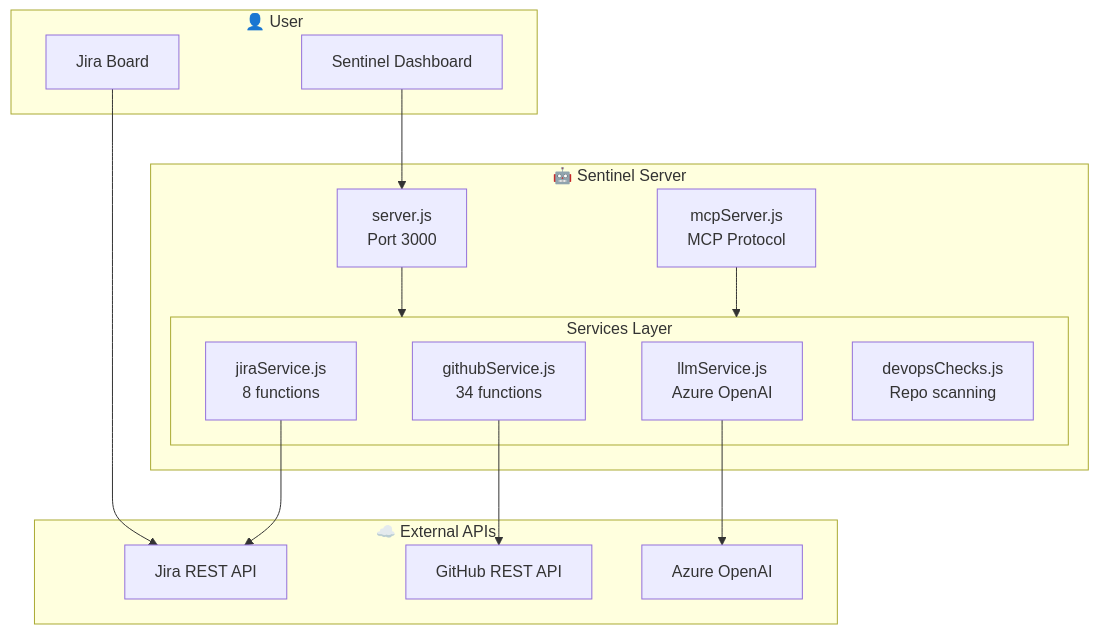
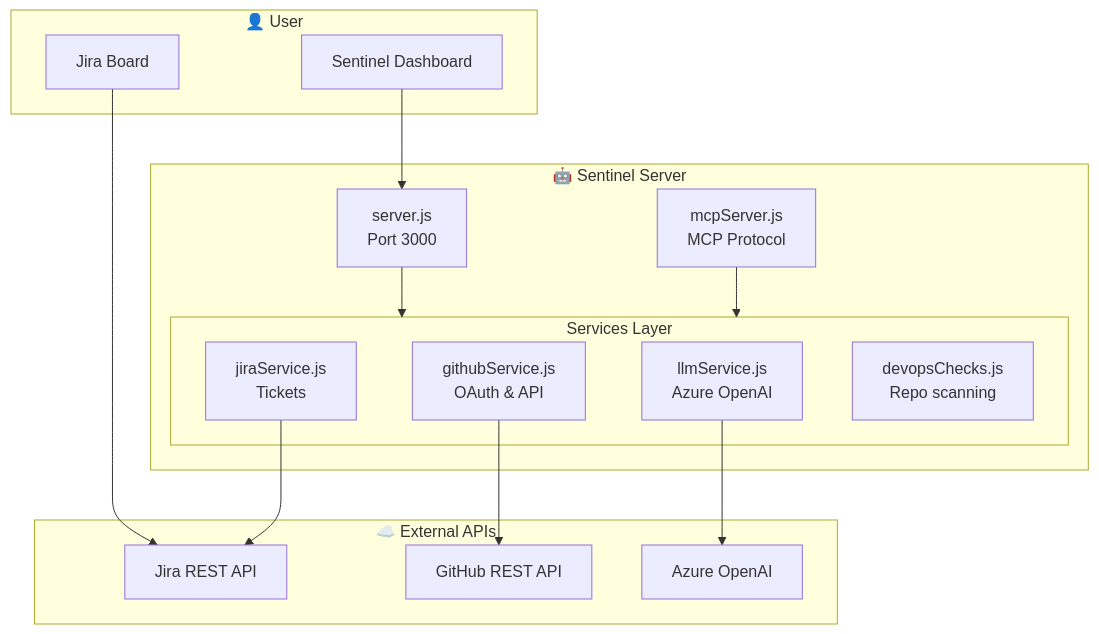
The second of 3 diagrams in README.md (Unigalactix/SENTINEL), drawn with Mermaid before and after one commit. The commit also changed other lines of this file and 6 other files, not shown here.

````diff
--- a/README.md
+++ b/README.md
@@ -56,33 +61,33 @@
 ```mermaid
 flowchart TB
     subgraph Client["👤 User"]
         JIRA_UI[Jira Board]
         DASHBOARD[Sentinel Dashboard]
     end
 
     subgraph Sentinel["🤖 Sentinel Server"]
         SERVER[server.js<br/>Port 3000]
         MCP[mcpServer.js<br/>MCP Protocol]
         
         subgraph Services["Services Layer"]
-            GH[githubService.js<br/>34 functions]
-            JIRA_SVC[jiraService.js<br/>8 functions]
+        gh[githubService.js<br/>OAuth & API]
+            JIRA_SVC[jiraService.js<br/>Tickets]
             LLM[llmService.js<br/>Azure OpenAI]
             DEVOPS[devopsChecks.js<br/>Repo scanning]
         end
     end
 
     subgraph External["☁️ External APIs"]
         JIRA_API[Jira REST API]
         GH_API[GitHub REST API]
         AZURE[Azure OpenAI]
     end
 
     JIRA_UI --> JIRA_API
     DASHBOARD --> SERVER
     SERVER --> Services
-    GH --> GH_API
+    gh --> GH_API
     JIRA_SVC --> JIRA_API
     LLM --> AZURE
     MCP --> Services
 ```
````
